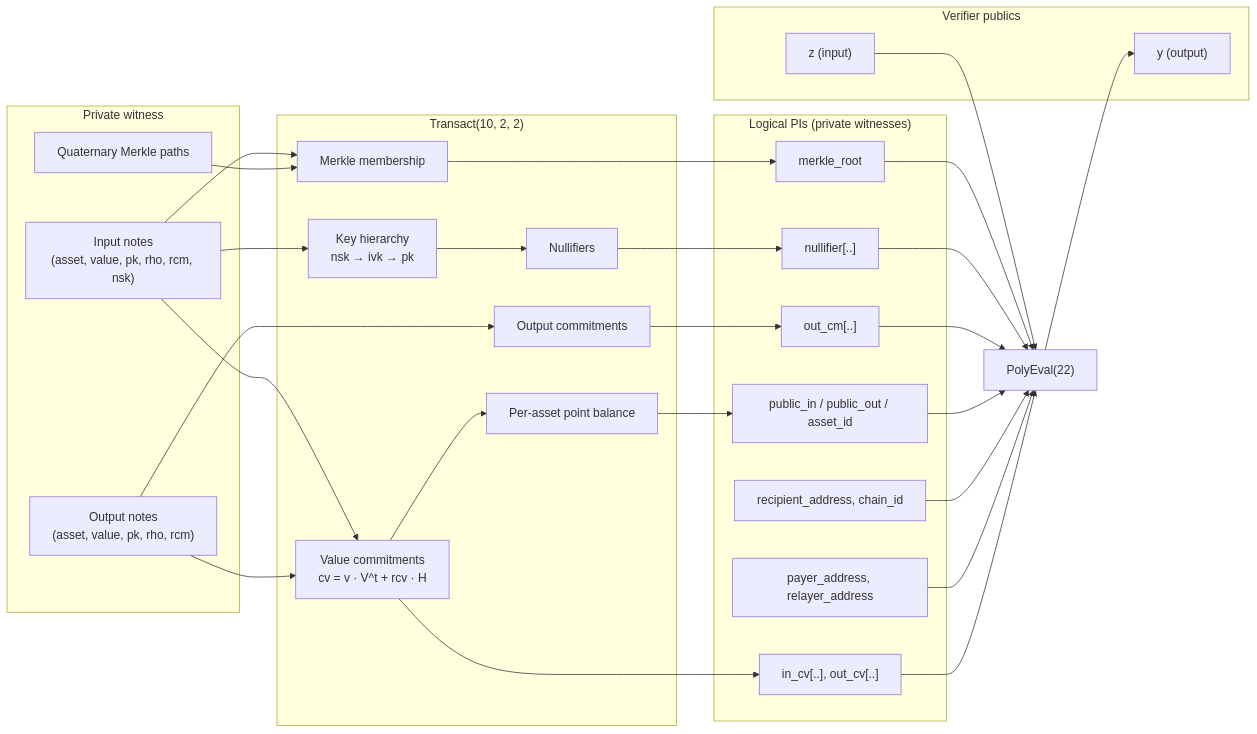
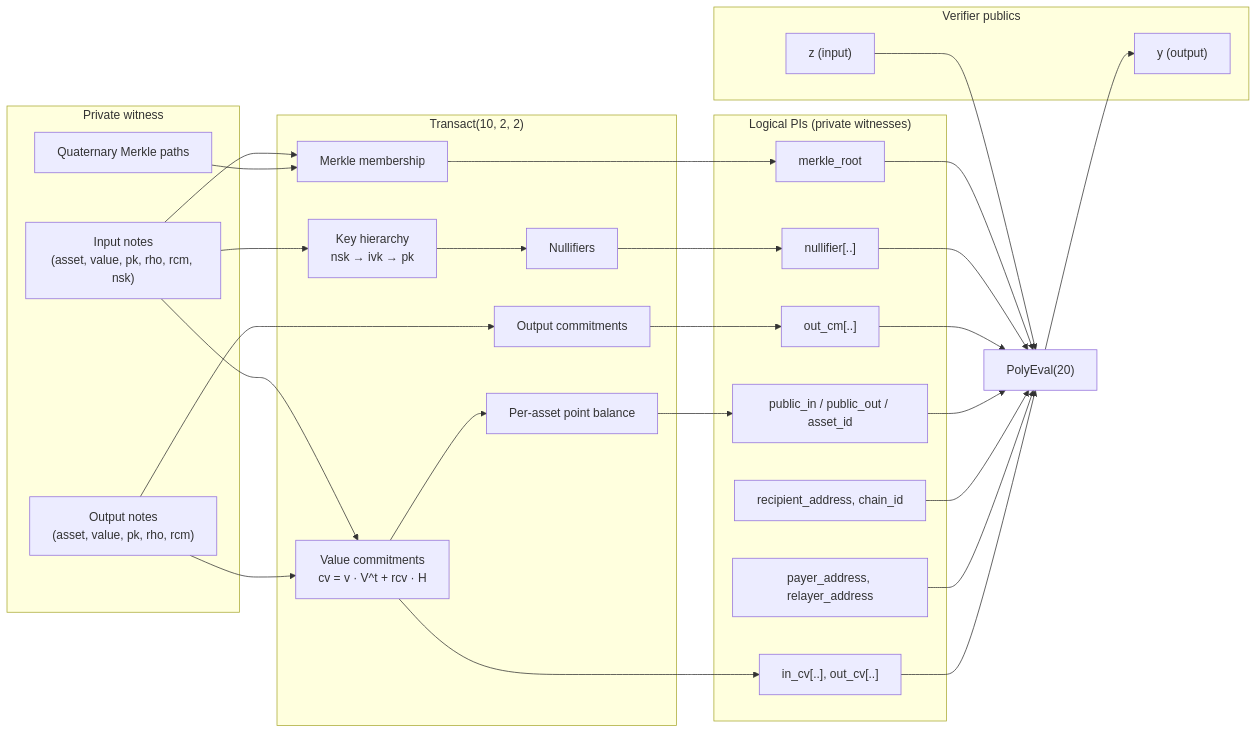
One commit to lelantos-org/circuits changed the first of 5 diagrams in src/README.md. Above: the diagram before and after it, drawn with Mermaid. The commit also changed other lines of this file and 7 other files, not shown here.

````diff
--- a/src/README.md
+++ b/src/README.md
@@ -138,44 +136,44 @@
 ```mermaid
 flowchart LR
     subgraph Witness["Private witness"]
         IN["Input notes<br/>(asset, value, pk, rho, rcm, nsk)"]
         OUT["Output notes<br/>(asset, value, pk, rho, rcm)"]
         MP["Quaternary Merkle paths"]
     end
     subgraph Circuit["Transact(10, 2, 2)"]
         K["Key hierarchy<br/>nsk → ivk → pk"]
         NF["Nullifiers"]
         MT["Merkle membership"]
         CV["Value commitments<br/>cv = v · V^t + rcv · H"]
         BAL["Per-asset point balance"]
         CM["Output commitments"]
     end
     subgraph Logical["Logical PIs (private witnesses)"]
         ROOT["merkle_root"]
         NFS["nullifier[..]"]
         CMS["out_cm[..]"]
         PB["public_in / public_out / asset_id"]
         REC["recipient_address, chain_id"]
         ADDR["payer_address, relayer_address"]
         CVS["in_cv[..], out_cv[..]"]
     end
     subgraph Pub["Verifier publics"]
         Z["z (input)"]
         Y["y (output)"]
     end
     IN --> K --> NF --> NFS
     IN --> MT --> ROOT
     MP --> MT
     IN --> CV --> CVS
     OUT --> CV
     CV --> BAL --> PB
     OUT --> CM --> CMS
-    ROOT --> PE["PolyEval(22)"]
+    ROOT --> PE["PolyEval(20)"]
     NFS --> PE
     CMS --> PE
     PB --> PE
     REC --> PE
     ADDR --> PE
     CVS --> PE
     Z --> PE --> Y
 ```
````
